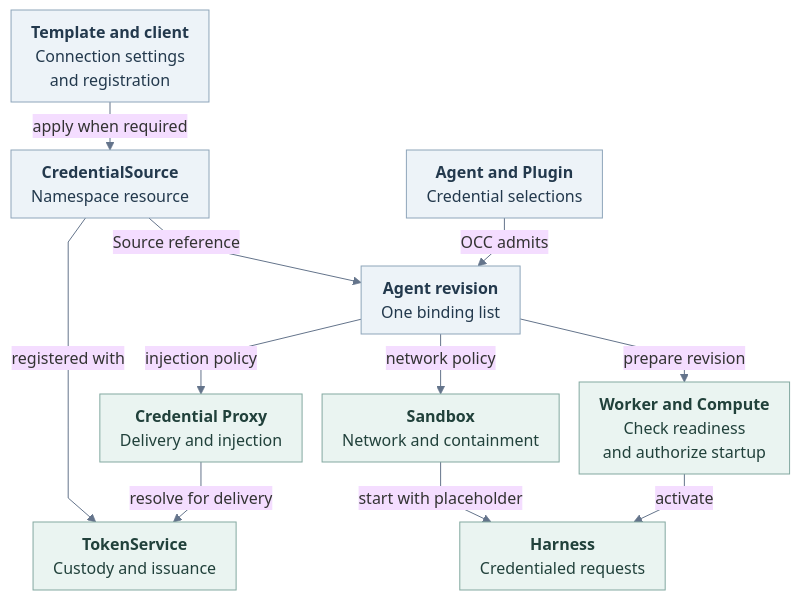
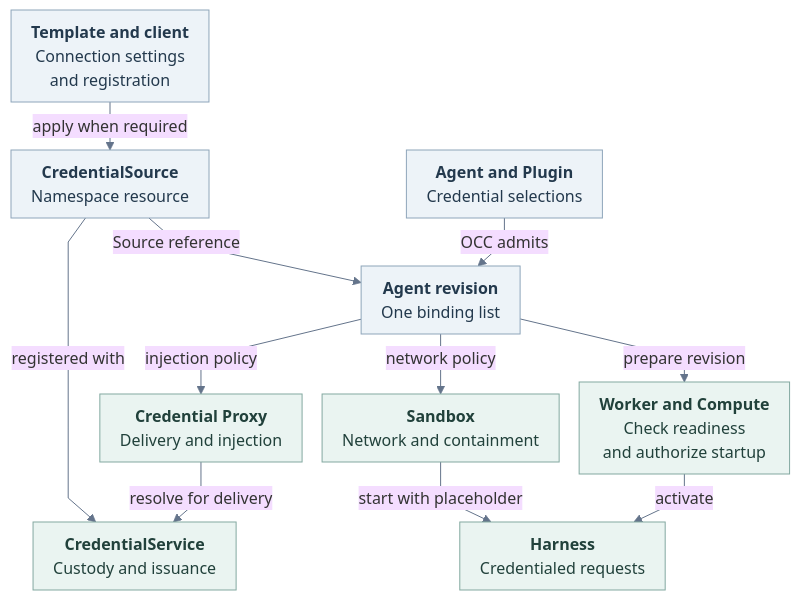
Before and after one commit to openclaw/openclaw-enterprise: the first of 2 diagrams in specs/rfcs/20261124-credential-design-1-0/index.md, drawn with Mermaid. The commit also changed other lines of this file and 418 other files, not shown here.

Commit message:
Rename credential custody owner to CredentialService

````diff
--- a/specs/rfcs/20261124-credential-design-1-0/index.md
+++ b/specs/rfcs/20261124-credential-design-1-0/index.md
@@ -44,31 +44,31 @@
 ```mermaid
 ---
 config:
   theme: base
   htmlLabels: true
   flowchart:
     curve: linear
     nodeSpacing: 20
     rankSpacing: 24
     padding: 10
     subGraphTitleMargin:
       top: 8
       bottom: 12
 ---
 flowchart TB
   T["<b>Template and client</b><br/>Connection settings<br/>and registration"] -->|apply when required| S["<b>CredentialSource</b><br/>Namespace resource"]
   A["<b>Agent and Plugin</b><br/>Credential selections"] -->|OCC admits| B["<b>Agent revision</b><br/>One binding list"]
-  S -->|registered with| TS["<b>TokenService</b><br/>Custody and issuance"]
+  S -->|registered with| TS["<b>CredentialService</b><br/>Custody and issuance"]
   S -->|Source reference| B
   B -->|injection policy| CP["<b>Credential Proxy</b><br/>Delivery and injection"]
   B -->|network policy| SB["<b>Sandbox</b><br/>Network and containment"]
   CP -->|resolve for delivery| TS
   B -->|prepare revision| W["<b>Worker and Compute</b><br/>Check readiness<br/>and authorize startup"]
   SB -->|start with placeholder| H["<b>Harness</b><br/>Credentialed requests"]
   W -->|activate| H
   classDef record fill:#EDF3F8,stroke:#8EA5BA,color:#23394D,stroke-width:1px
   classDef capability fill:#EAF4F1,stroke:#83A8A0,color:#21413B,stroke-width:1px
   class T,S,A,B record
   class TS,CP,SB,W,H capability
   linkStyle default stroke:#64748B,stroke-width:1px
 ```
````
